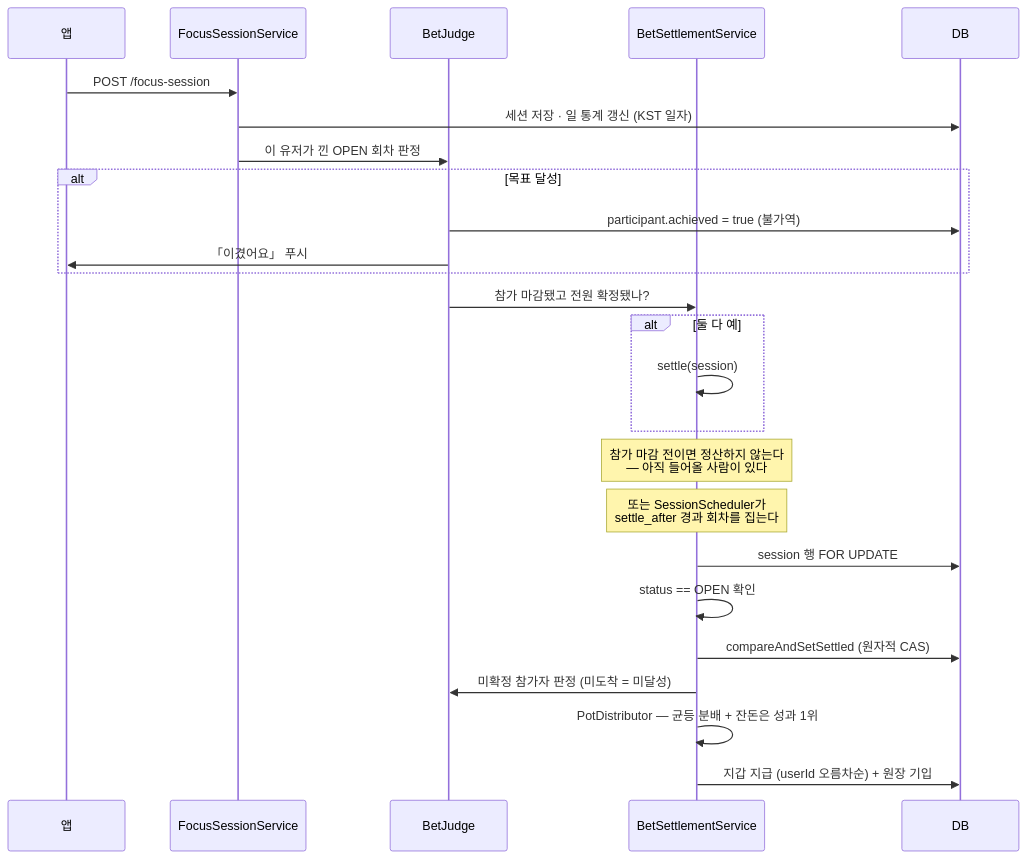
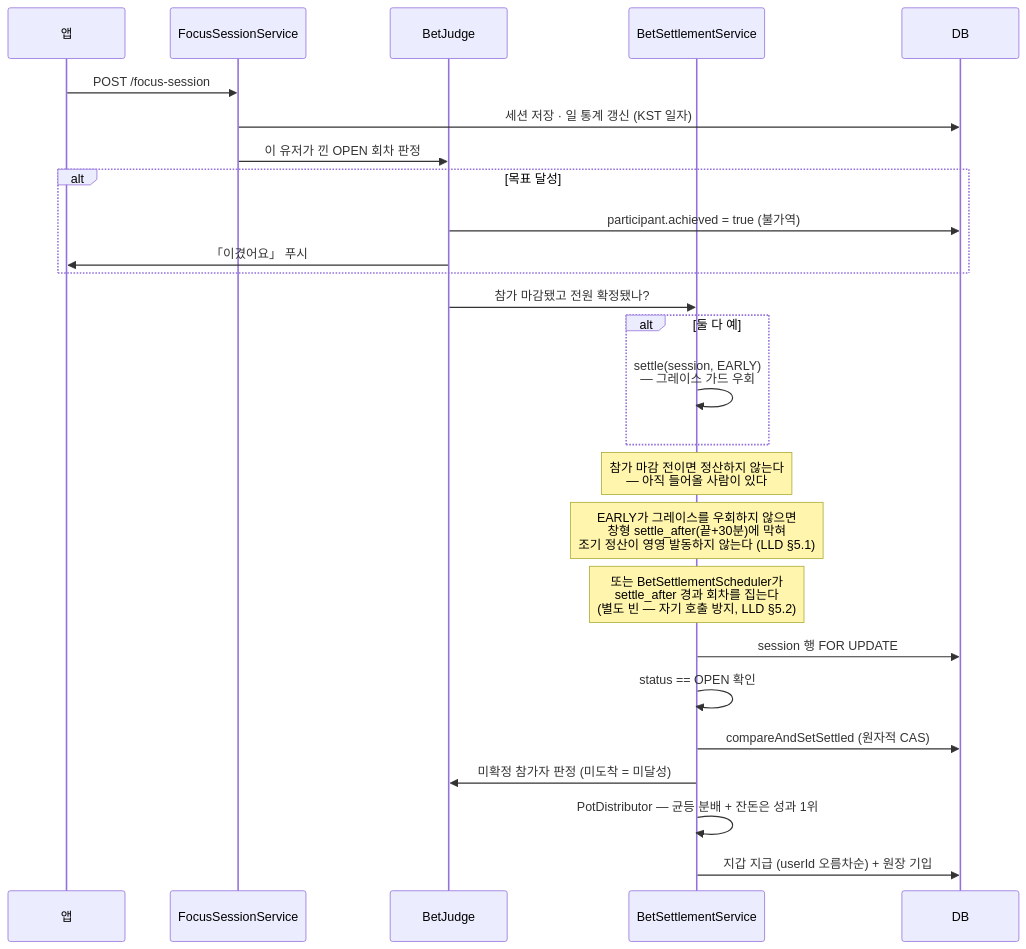
The eighth of 13 diagrams in docs/prd/challenge/high-level-design.md (OneOrThree/phone), drawn with Mermaid before and after one commit. The commit also changed other lines of this file and 5 other files, not shown here.

````diff
--- a/docs/prd/challenge/high-level-design.md
+++ b/docs/prd/challenge/high-level-design.md
@@ -285,29 +294,30 @@
 ```mermaid
 sequenceDiagram
     participant A as 앱
     participant F as FocusSessionService
     participant J as BetJudge
     participant ST as BetSettlementService
     participant DB as DB
 
     A->>F: POST /focus-session
     F->>DB: 세션 저장 · 일 통계 갱신 (KST 일자)
     F->>J: 이 유저가 낀 OPEN 회차 판정
     alt 목표 달성
         J->>DB: participant.achieved = true (불가역)
         J->>A: 「이겼어요」 푸시
     end
     J->>ST: 참가 마감됐고 전원 확정됐나?
     alt 둘 다 예
-        ST->>ST: settle(session)
+        ST->>ST: settle(session, EARLY)<br/>— 그레이스 가드 우회
     end
     Note over ST: 참가 마감 전이면 정산하지 않는다<br/>— 아직 들어올 사람이 있다
+    Note over ST: EARLY가 그레이스를 우회하지 않으면<br/>창형 settle_after(끝+30분)에 막혀<br/>조기 정산이 영영 발동하지 않는다 (LLD §5.1)
 
-    Note over ST: 또는 SessionScheduler가<br/>settle_after 경과 회차를 집는다
+    Note over ST: 또는 BetSettlementScheduler가<br/>settle_after 경과 회차를 집는다<br/>(별도 빈 — 자기 호출 방지, LLD §5.2)
     ST->>DB: session 행 FOR UPDATE
     ST->>ST: status == OPEN 확인
     ST->>DB: compareAndSetSettled (원자적 CAS)
     ST->>J: 미확정 참가자 판정 (미도착 = 미달성)
     ST->>ST: PotDistributor — 균등 분배 + 잔돈은 성과 1위
     ST->>DB: 지갑 지급 (userId 오름차순) + 원장 기입
 ```
````
